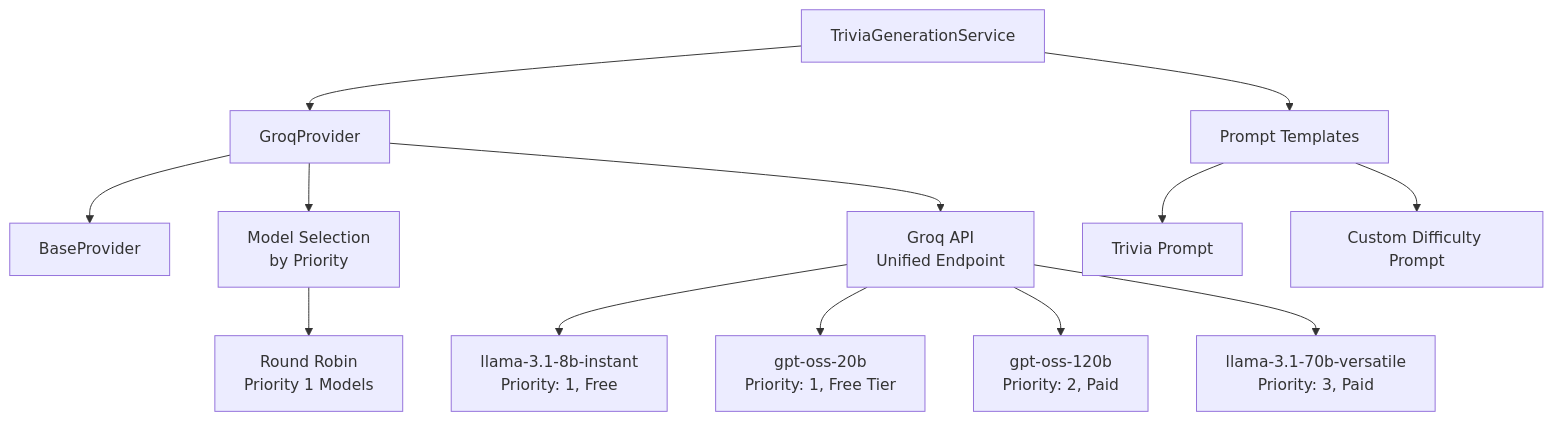
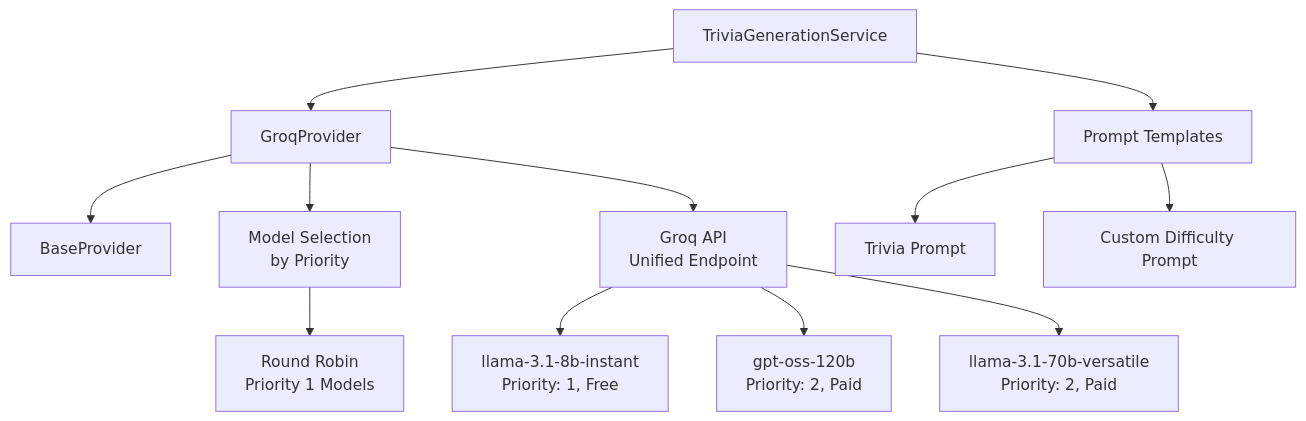
One commit to IsraelRub/EveryTriv changed diagram 12 of 28 in docs/DIAGRAMS.md. Above: the diagram before and after it, drawn with Mermaid. The commit also changed 485 other files, not shown here.

First line of the commit message:
refactor: single-session flow, UI consolidation, and codebase cleanup

````diff
--- a/docs/DIAGRAMS.md
+++ b/docs/DIAGRAMS.md
@@ -877,18 +877,17 @@
 ```mermaid
 graph TB
     A[TriviaGenerationService] --> B[GroqProvider]
     B --> C[BaseProvider]
     
     B --> D[Model Selection<br/>by Priority]
     D --> E[Round Robin<br/>Priority 1 Models]
     
     B --> F[Groq API<br/>Unified Endpoint]
     F --> G[llama-3.1-8b-instant<br/>Priority: 1, Free]
-    F --> H[gpt-oss-20b<br/>Priority: 1, Free Tier]
     F --> I[gpt-oss-120b<br/>Priority: 2, Paid]
-    F --> J[llama-3.1-70b-versatile<br/>Priority: 3, Paid]
+    F --> J[llama-3.1-70b-versatile<br/>Priority: 2, Paid]
     
     A --> K[Prompt Templates]
     K --> L[Trivia Prompt]
     K --> M[Custom Difficulty Prompt]
 ```
````
